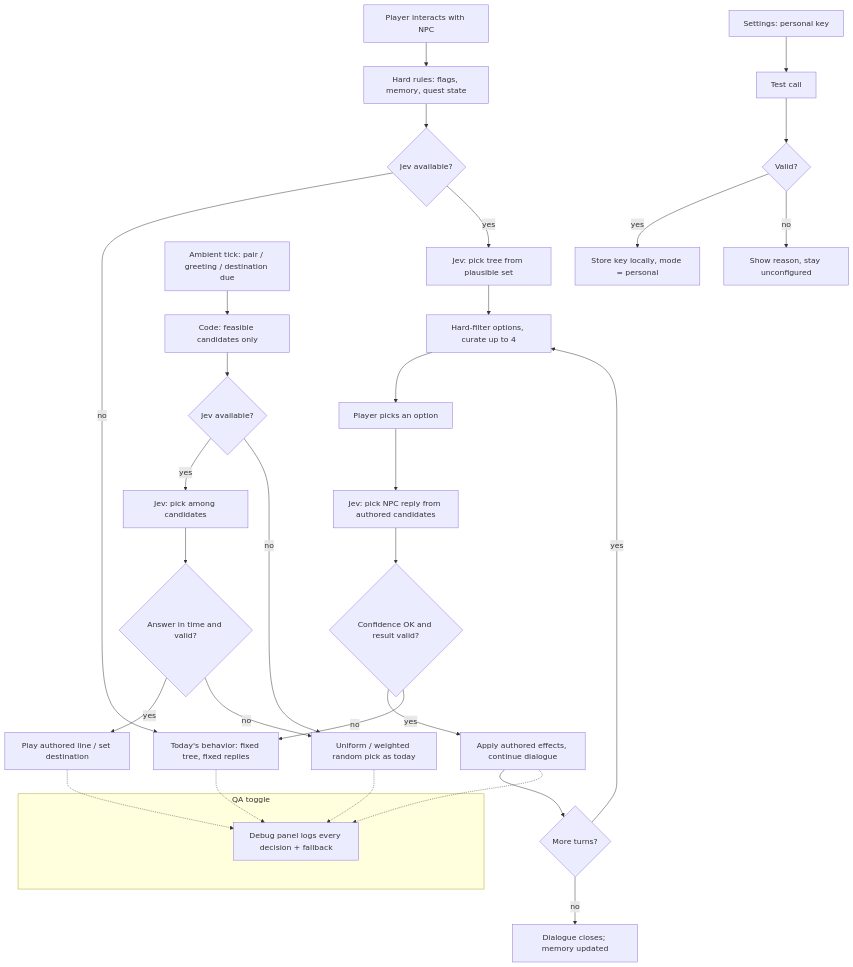
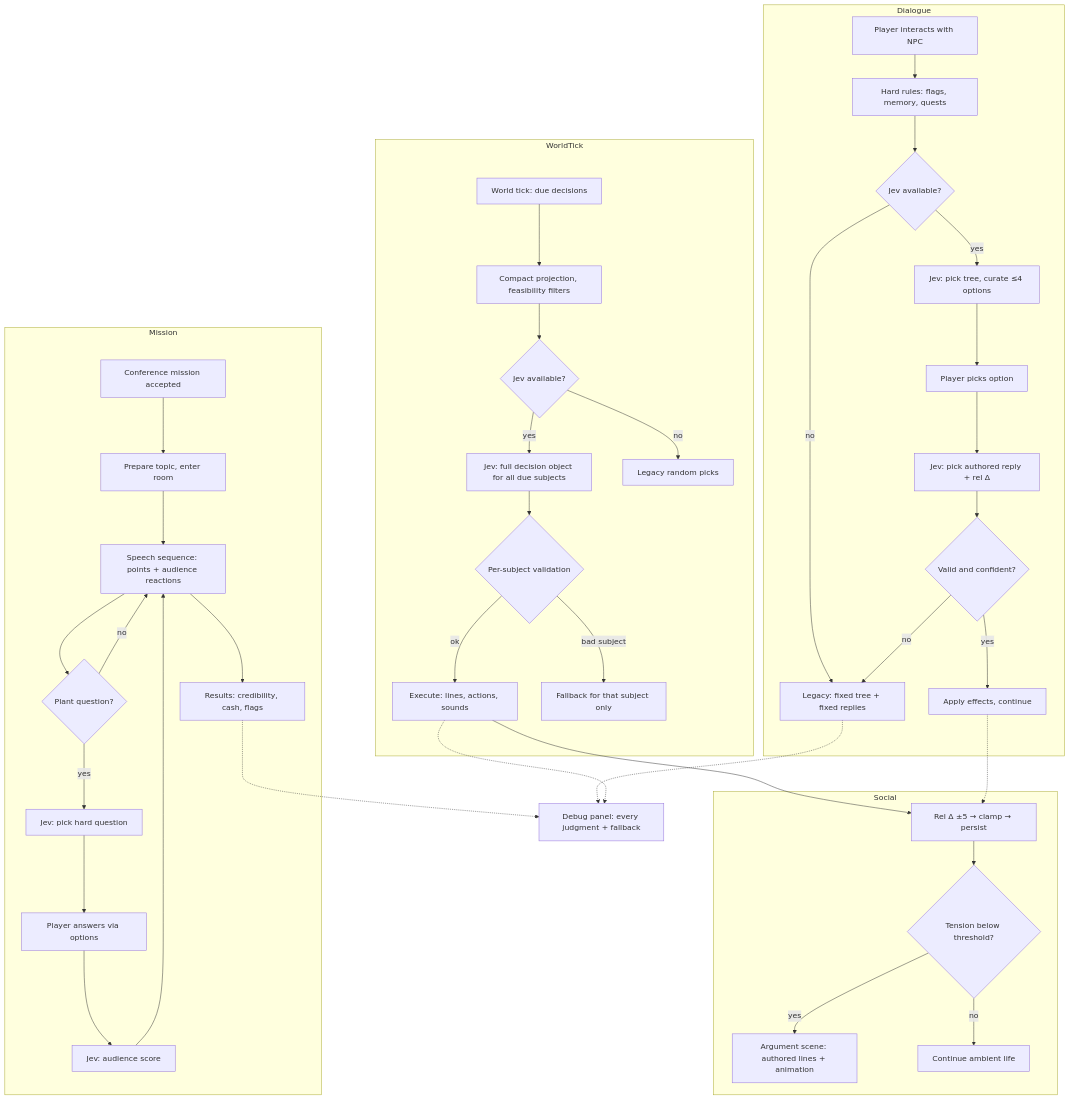
One commit to LucasMatuszewski/ai-trainer-simulator changed the diagram in docs/PRD-jev-npc-steering.md. Above: the diagram before and after it, drawn with Mermaid. The commit also changed other lines of this file and 2 other files, not shown here.

First line of the commit message:
docs(prd): v2 — Lucas's C-75 decisions: 10x content, social sim, physical actions, missions

````diff
--- a/docs/PRD-jev-npc-steering.md
+++ b/docs/PRD-jev-npc-steering.md
@@ -366,36 +466,45 @@
 ```mermaid
 flowchart TD
-    A[Player interacts with NPC] --> B[Hard rules: flags, memory, quest state]
+    subgraph Dialogue
+    A[Player interacts with NPC] --> B[Hard rules: flags, memory, quests]
     B --> C{Jev available?}
-    C -- no --> F1[Today's behavior: fixed tree, fixed replies]
-    C -- yes --> D[Jev: pick tree from plausible set]
-    D --> E[Hard-filter options, curate up to 4]
-    E --> P[Player picks an option]
-    P --> G[Jev: pick NPC reply from authored candidates]
-    G --> H{Confidence OK and result valid?}
-    H -- yes --> I[Apply authored effects, continue dialogue]
+    C -- no --> F1[Legacy: fixed tree + fixed replies]
+    C -- yes --> D[Jev: pick tree, curate ≤4 options]
+    D --> P[Player picks option]
+    P --> G[Jev: pick authored reply + rel Δ]
+    G --> H{Valid and confident?}
+    H -- yes --> I[Apply effects, continue]
     H -- no --> F1
-    I --> J{More turns?}
-    J -- yes --> E
-    J -- no --> K[Dialogue closes; memory updated]
+    end
 
-    L[Ambient tick: pair / greeting / destination due] --> M[Code: feasible candidates only]
-    M --> C2{Jev available?}
-    C2 -- yes --> N[Jev: pick among candidates]
-    C2 -- no --> O[Uniform / weighted random pick as today]
-    N --> Q{Answer in time and valid?}
-    Q -- yes --> R[Play authored line / set destination]
-    Q -- no --> O
+    subgraph WorldTick
+    T[World tick: due decisions] --> U[Compact projection, feasibility filters]
+    U --> C2{Jev available?}
+    C2 -- yes --> V[Jev: full decision object for all due subjects]
+    C2 -- no --> O[Legacy random picks]
+    V --> W{Per-subject validation}
+    W -- ok --> X[Execute: lines, actions, sounds]
+    W -- bad subject --> O2[Fallback for that subject only]
+    end
 
-    S[Settings: personal key] --> T[Test call] --> U{Valid?}
-    U -- yes --> V[Store key locally, mode = personal]
-    U -- no --> W[Show reason, stay unconfigured]
+    subgraph Social
+    X --> Y[Rel Δ ±5 → clamp → persist]
+    Y --> Z{Tension below threshold?}
+    Z -- yes --> ARG[Argument scene: authored lines + animation]
+    Z -- no --> Z1[Continue ambient life]
+    end
 
-    subgraph QA[QA toggle]
-        X[Debug panel logs every decision + fallback]
+    subgraph Mission
+    M[Conference mission accepted] --> N[Prepare topic, enter room]
+    N --> S[Speech sequence: points + audience reactions]
+    S --> Q{Plant question?}
+    Q -- yes --> QA[Jev: pick hard question] --> AN[Player answers via options] --> SC[Jev: audience score] --> S
+    Q -- no --> S
+    S --> R[Results: credibility, cash, flags]
     end
-    I -.-> X
-    R -.-> X
-    O -.-> X
-    F1 -.-> X
+
+    I -.-> Y
+    F1 -.-> DBG[Debug panel: every judgment + fallback]
+    X -.-> DBG
+    R -.-> DBG
 ```
````
